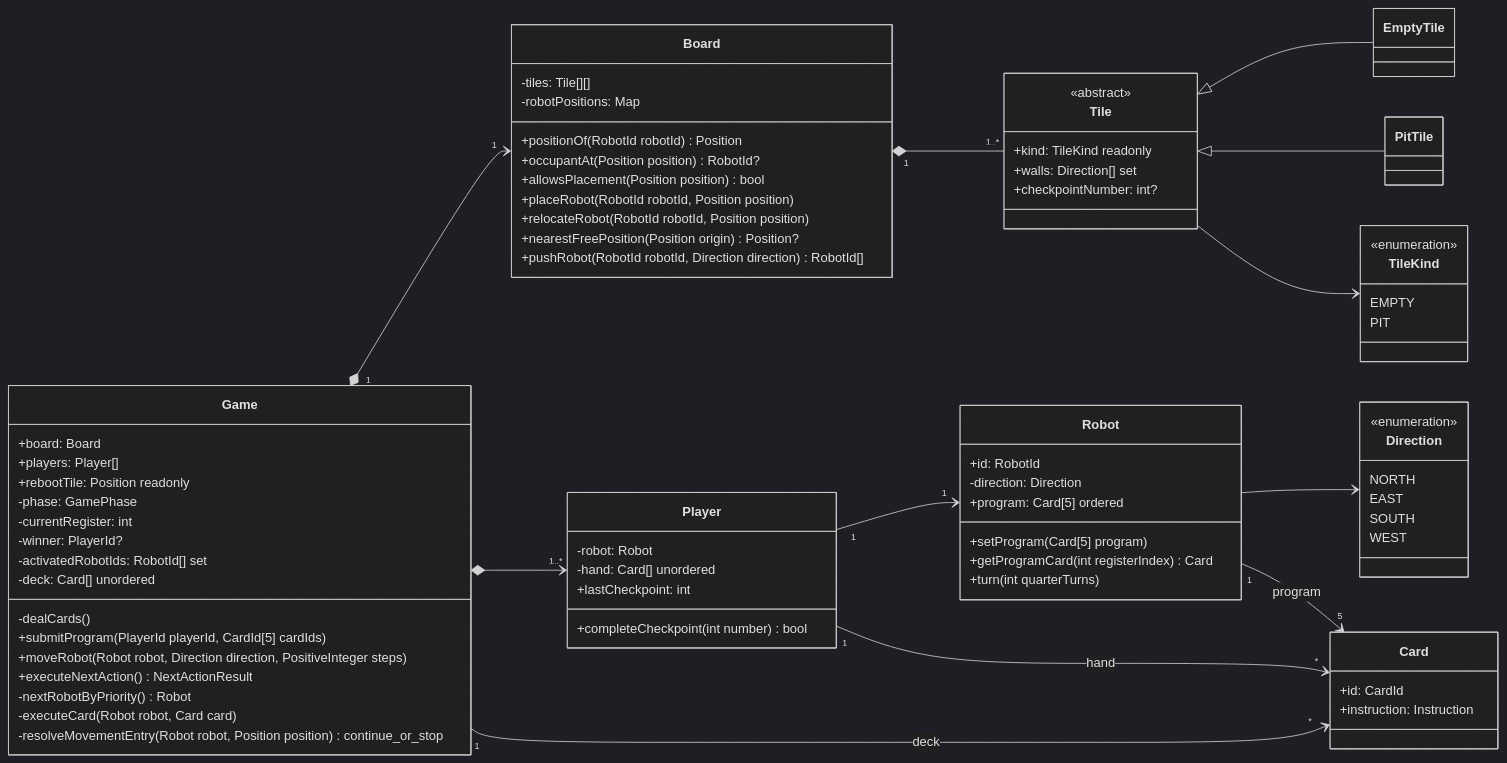
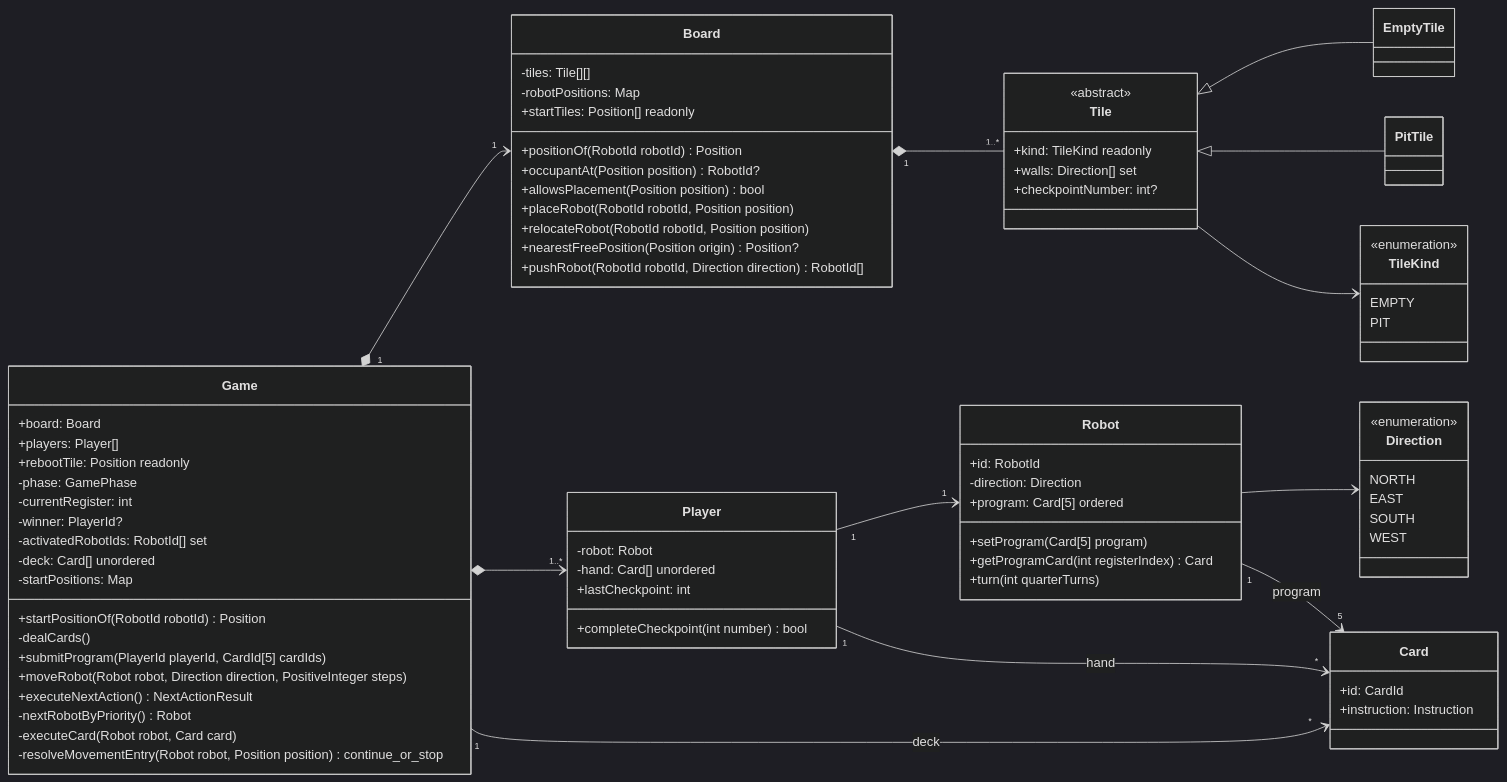
Before and after one commit to hananinas/RoboRally: the diagram in docs/game_model_UML.md, drawn with Mermaid (dark theme). The commit also changed 5 other files, not shown here.

```diff
--- a/docs/game_model_UML.md
+++ b/docs/game_model_UML.md
@@ -14,6 +14,8 @@
         -winner: PlayerId?
         -activatedRobotIds: RobotId[] set
         -deck: Card[] unordered
+        -startPositions: Map
+        +startPositionOf(RobotId robotId) Position
         -dealCards()
         +submitProgram(PlayerId playerId, CardId[5] cardIds)
         +moveRobot(Robot robot, Direction direction, PositiveInteger steps)
@@ -26,6 +28,7 @@
         class Board {
         -tiles: Tile[][]
         -robotPositions: Map
+        +startTiles: Position[] readonly
         +positionOf(RobotId robotId) Position
         +occupantAt(Position position) RobotId?
         +allowsPlacement(Position position) bool
```
